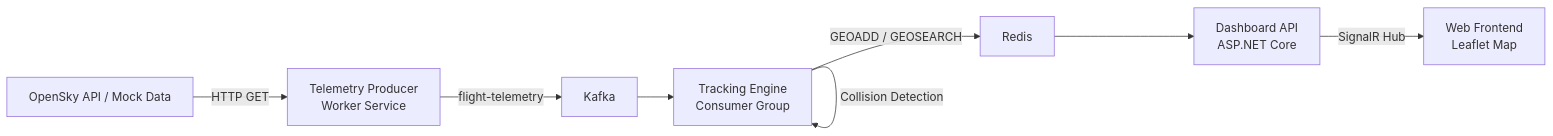
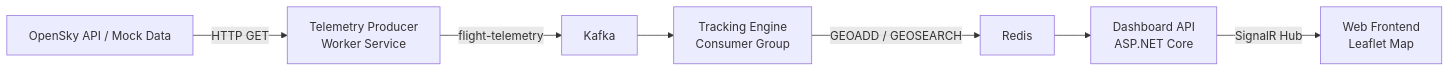
The diagram in README.md (ravindrabhartiya/AirTrafficVisualizer), drawn with Mermaid before and after one commit. The commit also changed other lines of this file and 8 other files, not shown here.

First line of the commit message:
Remove collision detection, async SQLite background drain

````diff
--- a/README.md
+++ b/README.md
@@ -11,10 +11,9 @@
 ```mermaid
 graph LR
     A[OpenSky API / Mock Data] -->|HTTP GET| B[Telemetry Producer<br>Worker Service]
     B -->|flight-telemetry| C[Kafka]
     C --> D[Tracking Engine<br>Consumer Group]
     D -->|GEOADD / GEOSEARCH| E[Redis]
-    D -->|Collision Detection| D
     E --> F[Dashboard API<br>ASP.NET Core]
     F -->|SignalR Hub| G[Web Frontend<br>Leaflet Map]
 ```
````
